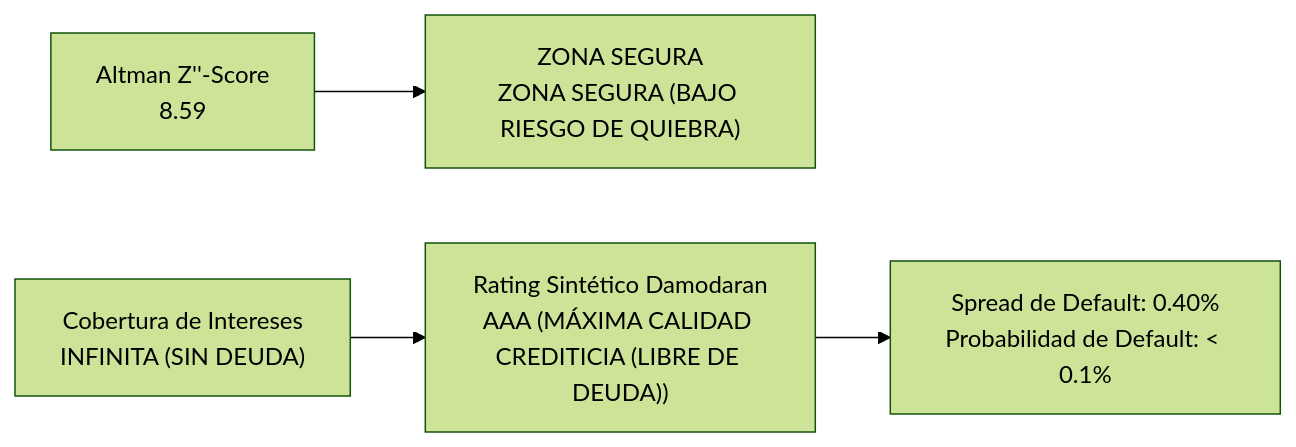
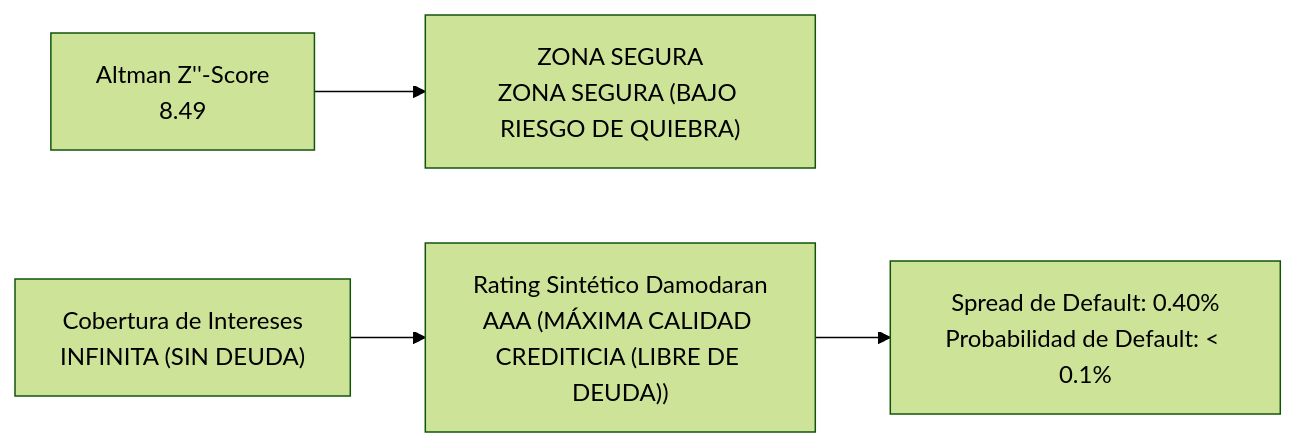
One commit to PabloS107/analisis-fundamental-acciones changed the diagram in data/processed/DECK/Analisis_Resultados_Q1_FY2027_DECK.md. Above: the diagram before and after it, drawn with Mermaid (forest theme). The commit also changed other lines of this file and 9 other files, not shown here.

Commit message:
fix(charts): dynamic X-axis periods starting at earliest quantitative data for segments and P&L

````diff
--- a/data/processed/DECK/Analisis_Resultados_Q1_FY2027_DECK.md
+++ b/data/processed/DECK/Analisis_Resultados_Q1_FY2027_DECK.md
@@ -732,6 +728,6 @@
 ```mermaid
 graph LR
-    Z["Altman Z''-Score<br>8.59"] --> Z1["ZONA SEGURA<br>ZONA SEGURA (BAJO RIESGO DE QUIEBRA)"]
+    Z["Altman Z''-Score<br>8.49"] --> Z1["ZONA SEGURA<br>ZONA SEGURA (BAJO RIESGO DE QUIEBRA)"]
     R["Cobertura de Intereses<br>INFINITA (SIN DEUDA)"] --> R1["Rating Sintético Damodaran<br>AAA (MÁXIMA CALIDAD CREDITICIA (LIBRE DE DEUDA))"]
     R1 --> S["Spread de Default: 0.40%<br>Probabilidad de Default: < 0.1%"]
 ```
````
